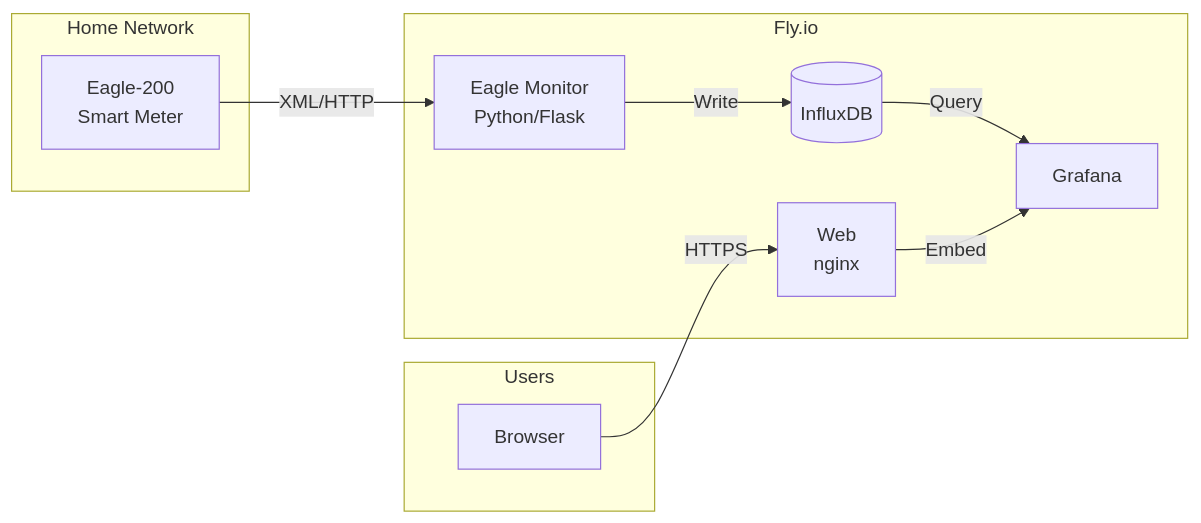
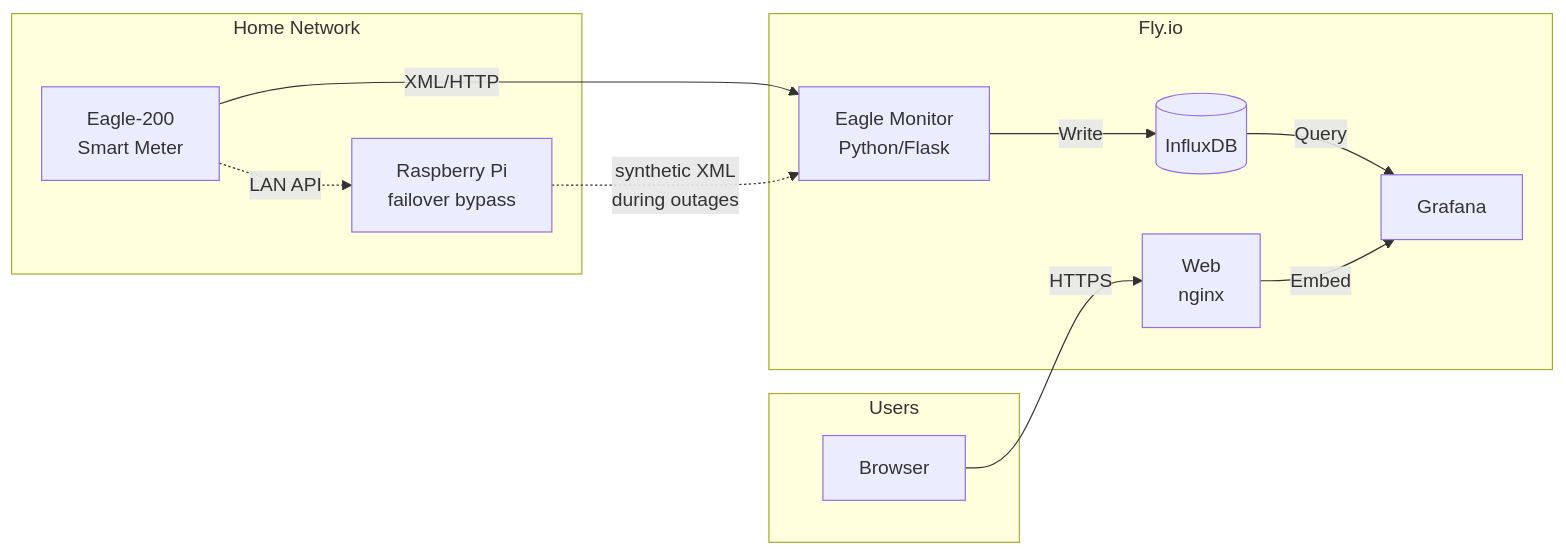
The diagram in README.md (murr2k/linknode-com), drawn with Mermaid before and after one commit. The commit also changed other lines of this file and 1 other file, not shown here.

First line of the commit message:
docs: document the Eagle-200 failover bypass and live uptime

````diff
--- a/README.md
+++ b/README.md
@@ -175,23 +185,26 @@
 ```mermaid
 flowchart LR
     subgraph Home Network
         Eagle[Eagle-200<br/>Smart Meter]
+        Pi[Raspberry Pi<br/>failover bypass]
     end
 
     subgraph Fly.io
         Monitor[Eagle Monitor<br/>Python/Flask]
         DB[(InfluxDB)]
         Grafana[Grafana]
         Web[Web<br/>nginx]
     end
 
     subgraph Users
         Browser[Browser]
     end
 
     Eagle -->|XML/HTTP| Monitor
+    Eagle -.->|LAN API| Pi
+    Pi -.->|synthetic XML<br/>during outages| Monitor
     Monitor -->|Write| DB
     DB -->|Query| Grafana
     Browser -->|HTTPS| Web
     Web -->|Embed| Grafana
 ```
````
